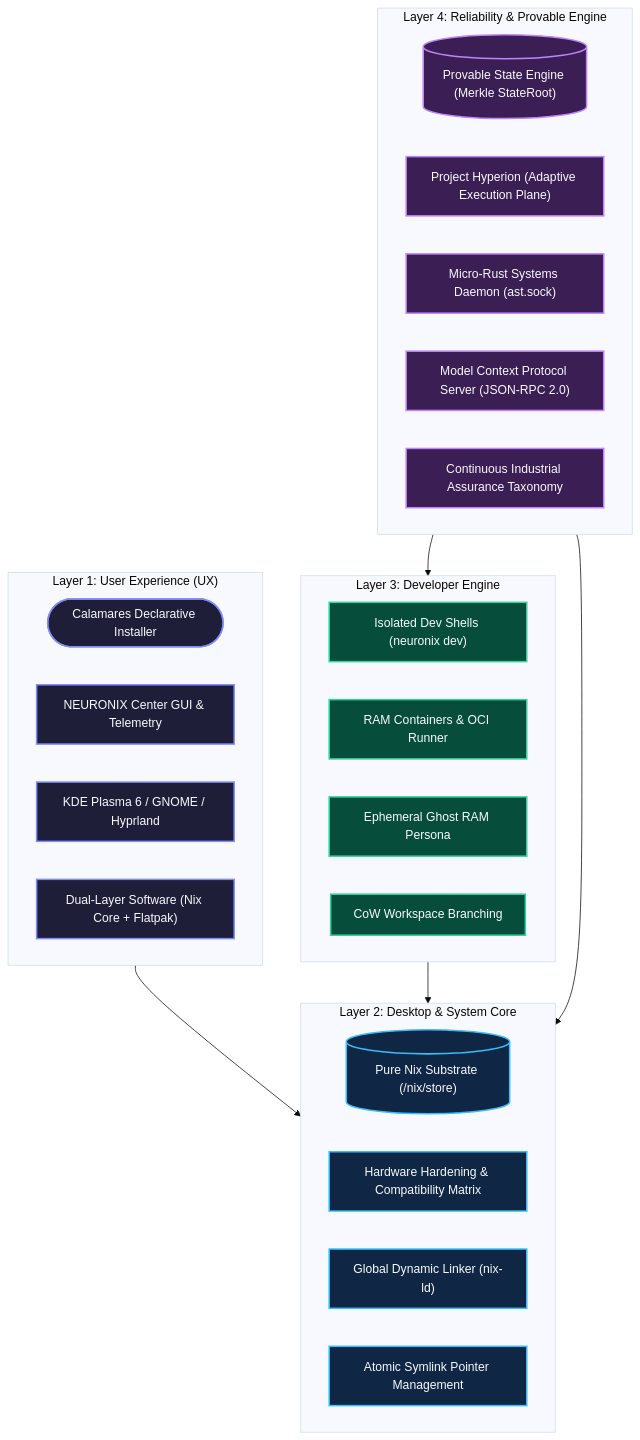
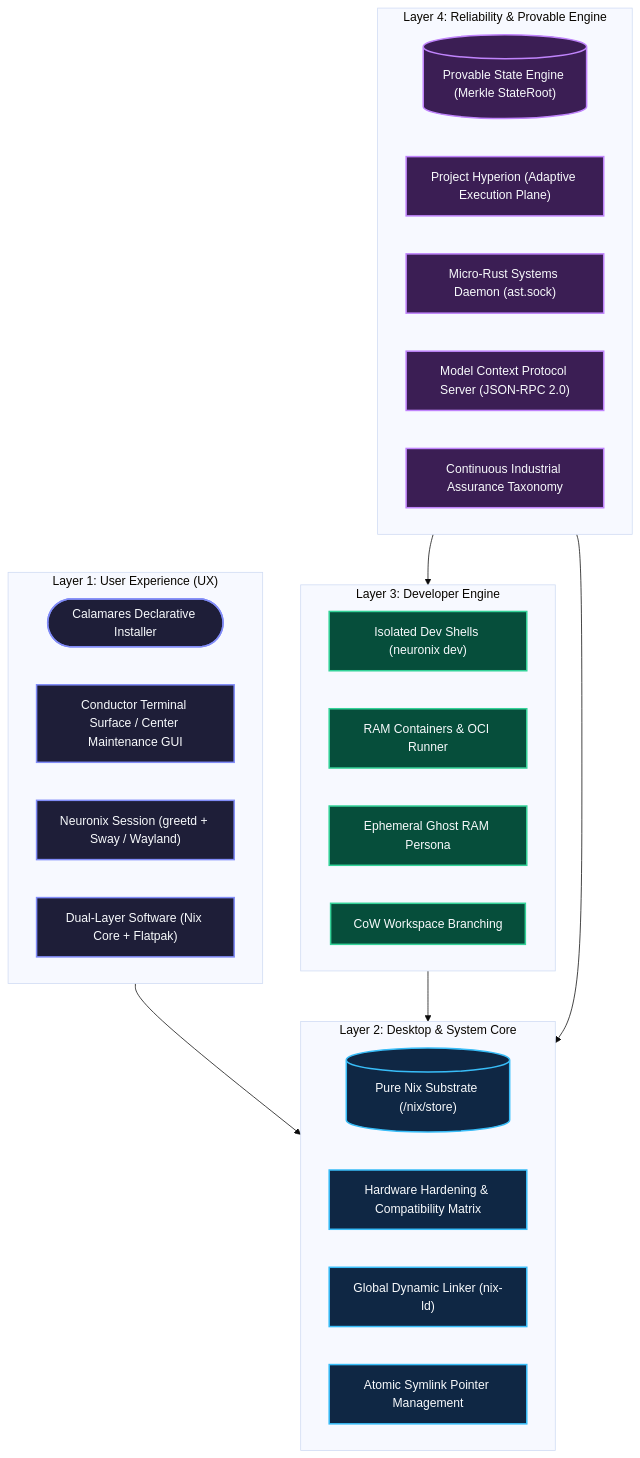
Before and after one commit to adamriofc/NeuronixOS: the first of 7 diagrams in README.md, drawn with Mermaid (base theme). The commit also changed other lines of this file and 19 other files, not shown here.

````diff
--- a/README.md
+++ b/README.md
@@ -253,41 +255,41 @@
 ```mermaid
 flowchart TD
     subgraph L1["Layer 1: User Experience (UX)"]
         CAL(["Calamares Declarative Installer"]):::ux
-        CTR["NEURONIX Center GUI & Telemetry"]:::ux
-        DE["KDE Plasma 6 / GNOME / Hyprland"]:::ux
+        CTR["Conductor Terminal Surface / Center Maintenance GUI"]:::ux
+        DE["Neuronix Session (greetd + Sway / Wayland)"]:::ux
         SW["Dual-Layer Software (Nix Core + Flatpak)"]:::ux
     end
 
     subgraph L2["Layer 2: Desktop & System Core"]
         NIX[("Pure Nix Substrate (/nix/store)")]:::core
         HW["Hardware Hardening & Compatibility Matrix"]:::core
         NLD["Global Dynamic Linker (nix-ld)"]:::core
         GEN["Atomic Symlink Pointer Management"]:::core
     end
 
     subgraph L3["Layer 3: Developer Engine"]
         DEV["Isolated Dev Shells (neuronix dev)"]:::dev
         CON["RAM Containers & OCI Runner"]:::dev
         GHO["Ephemeral Ghost RAM Persona"]:::dev
         BRN["CoW Workspace Branching"]:::dev
     end
 
     subgraph L4["Layer 4: Reliability & Provable Engine"]
         PSE[("Provable State Engine (Merkle StateRoot)")]:::provable
         HYP["Project Hyperion (Adaptive Execution Plane)"]:::provable
         DAE["Micro-Rust Systems Daemon (ast.sock)"]:::provable
         MCP["Model Context Protocol Server (JSON-RPC 2.0)"]:::provable
         TST["Continuous Industrial Assurance Taxonomy"]:::provable
     end
 
     L1 --> L2
     L3 --> L2
     L4 --> L2
     L4 --> L3
 
     classDef ux fill:#1e1e38,stroke:#818cf8,stroke-width:2px,color:#f8fafc;
     classDef core fill:#0f2744,stroke:#38bdf8,stroke-width:2px,color:#f8fafc;
     classDef dev fill:#064e3b,stroke:#34d399,stroke-width:2px,color:#f8fafc;
     classDef provable fill:#3b1e54,stroke:#c084fc,stroke-width:2px,color:#f8fafc;
 ```
````
